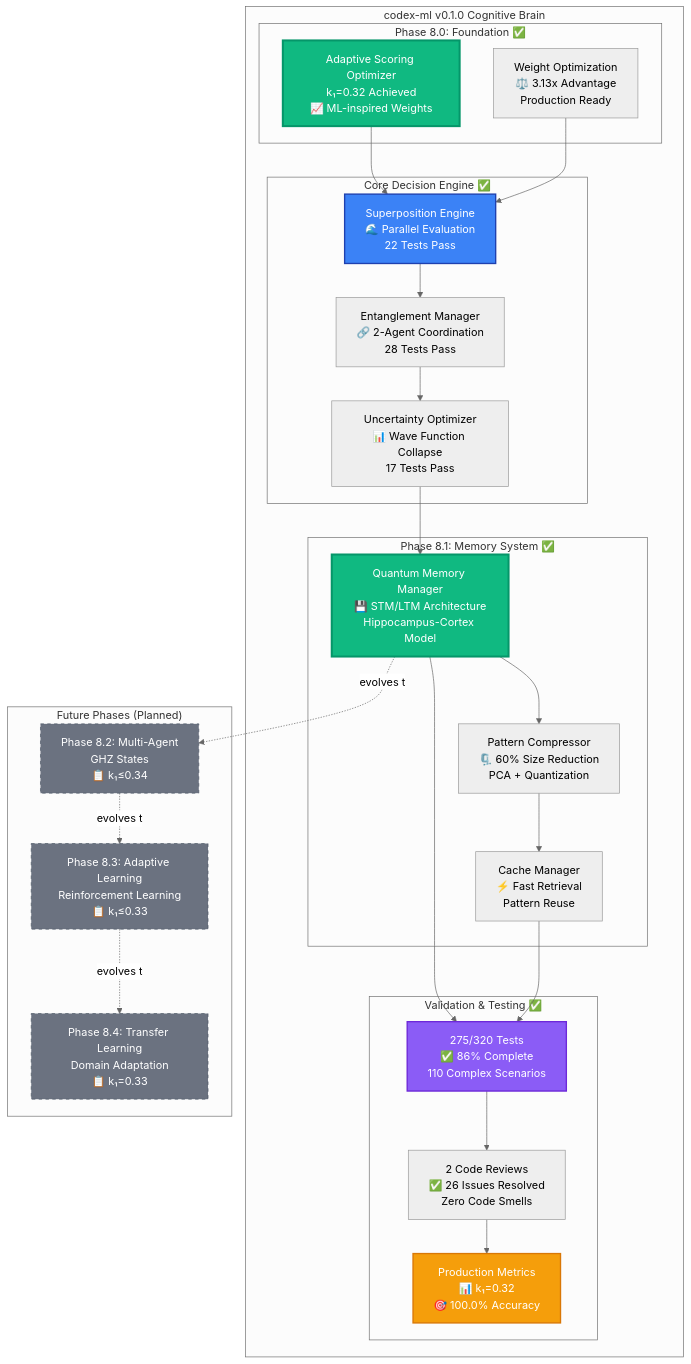
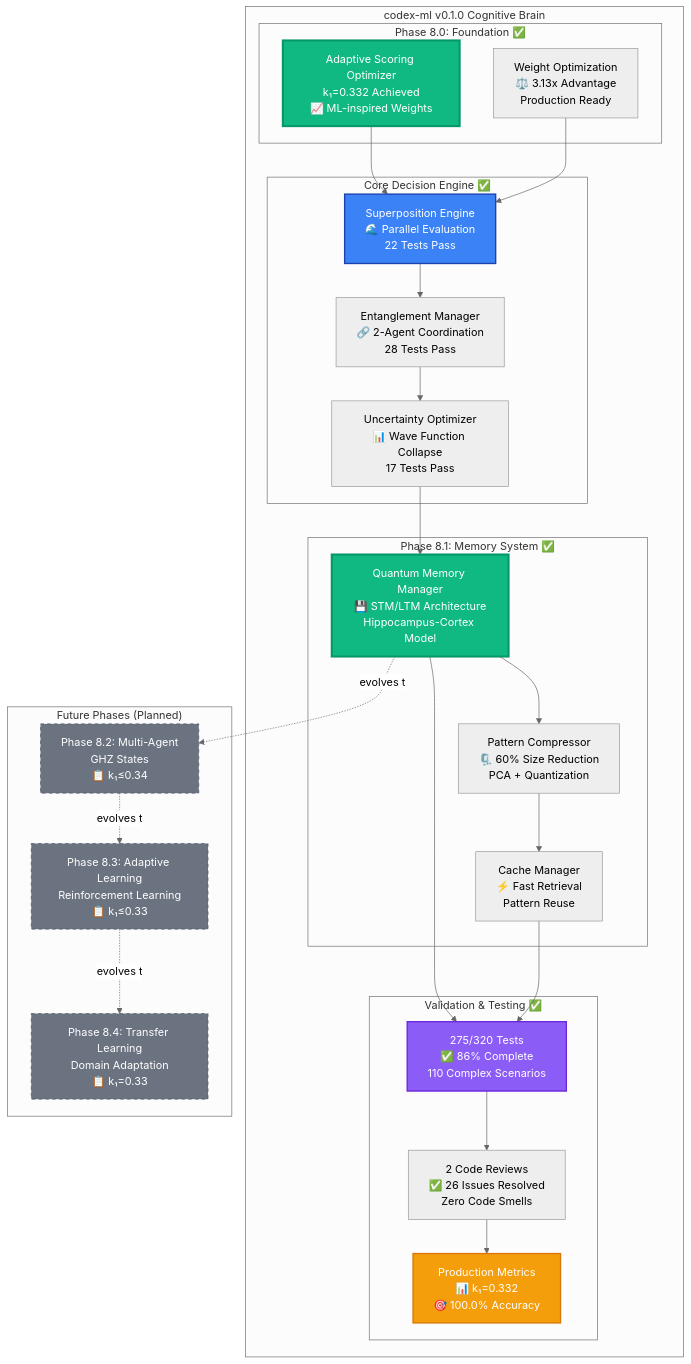
One commit to Aries-Serpent/_codex_ changed the first of 19 diagrams in .github/agents/COGNITIVE_BRAIN_ARCHITECTURE_DIAGRAMS.md. Above: the diagram before and after it, drawn with Mermaid (neutral theme). The commit also changed other lines of this file and 42 other files, not shown here.

````diff
--- a/.github/agents/COGNITIVE_BRAIN_ARCHITECTURE_DIAGRAMS.md
+++ b/.github/agents/COGNITIVE_BRAIN_ARCHITECTURE_DIAGRAMS.md
@@ -28,64 +28,64 @@
 ```mermaid
 graph TB
     subgraph "codex-ml v0.1.0 Cognitive Brain"
         subgraph "Phase 8.0: Foundation ✅"
-            Adaptive[Adaptive Scoring Optimizer<br/>k₁=0.32 Achieved<br/>📈 ML-inspired Weights]
+            Adaptive[Adaptive Scoring Optimizer<br/>k₁=0.332 Achieved<br/>📈 ML-inspired Weights]
             Weights[Weight Optimization<br/>⚖️ 3.13x Advantage<br/>Production Ready]
         end
         
         subgraph "Phase 8.1: Memory System ✅"
             Memory[Quantum Memory Manager<br/>💾 STM/LTM Architecture<br/>Hippocampus-Cortex Model]
             Compress[Pattern Compressor<br/>🗜️ 60% Size Reduction<br/>PCA + Quantization]
             Cache[Cache Manager<br/>⚡ Fast Retrieval<br/>Pattern Reuse]
         end
         
         subgraph "Core Decision Engine ✅"
             Super[Superposition Engine<br/>🌊 Parallel Evaluation<br/>22 Tests Pass]
             Entangle[Entanglement Manager<br/>🔗 2-Agent Coordination<br/>28 Tests Pass]
             Uncertain[Uncertainty Optimizer<br/>📊 Wave Function Collapse<br/>17 Tests Pass]
         end
         
         subgraph "Validation & Testing ✅"
             Tests[275/320 Tests<br/>✅ 86% Complete<br/>110 Complex Scenarios]
             Reviews[2 Code Reviews<br/>✅ 26 Issues Resolved<br/>Zero Code Smells]
-            Metrics[Production Metrics<br/>📊 k₁=0.32<br/>🎯 100.0% Accuracy]
+            Metrics[Production Metrics<br/>📊 k₁=0.332<br/>🎯 100.0% Accuracy]
         end
     end
     
     subgraph "Future Phases (Planned)"
         Phase82[Phase 8.2: Multi-Agent<br/>GHZ States<br/>📋 k₁≤0.34]
         Phase83[Phase 8.3: Adaptive Learning<br/>Reinforcement Learning<br/>📋 k₁≤0.33]
         Phase84[Phase 8.4: Transfer Learning<br/>Domain Adaptation<br/>📋 k₁=0.33]
     end
     
     %% Phase 8.0-8.1 Flow
     Adaptive --> Super
     Weights --> Super
     Super --> Entangle
     Entangle --> Uncertain
     
     Uncertain --> Memory
     Memory --> Compress
     Compress --> Cache
     
     %% Validation
     Memory --> Tests
     Cache --> Tests
     Tests --> Reviews
     Reviews --> Metrics
     
     %% Future
     Memory -.evolves to.-> Phase82
     Phase82 -.evolves to.-> Phase83
     Phase83 -.evolves to.-> Phase84
     
     %% Styling
     style Adaptive fill:#10b981,stroke:#059669,stroke-width:3px,color:#fff
     style Memory fill:#10b981,stroke:#059669,stroke-width:3px,color:#fff
     style Super fill:#3b82f6,stroke:#1e40af,stroke-width:2px,color:#fff
     style Tests fill:#8b5cf6,stroke:#6d28d9,stroke-width:2px,color:#fff
     style Metrics fill:#f59e0b,stroke:#d97706,stroke-width:2px,color:#fff
     style Phase82 fill:#6b7280,stroke:#4b5563,stroke-width:1px,color:#fff,stroke-dasharray: 5 5
     style Phase83 fill:#6b7280,stroke:#4b5563,stroke-width:1px,color:#fff,stroke-dasharray: 5 5
     style Phase84 fill:#6b7280,stroke:#4b5563,stroke-width:1px,color:#fff,stroke-dasharray: 5 5
 ```
````
